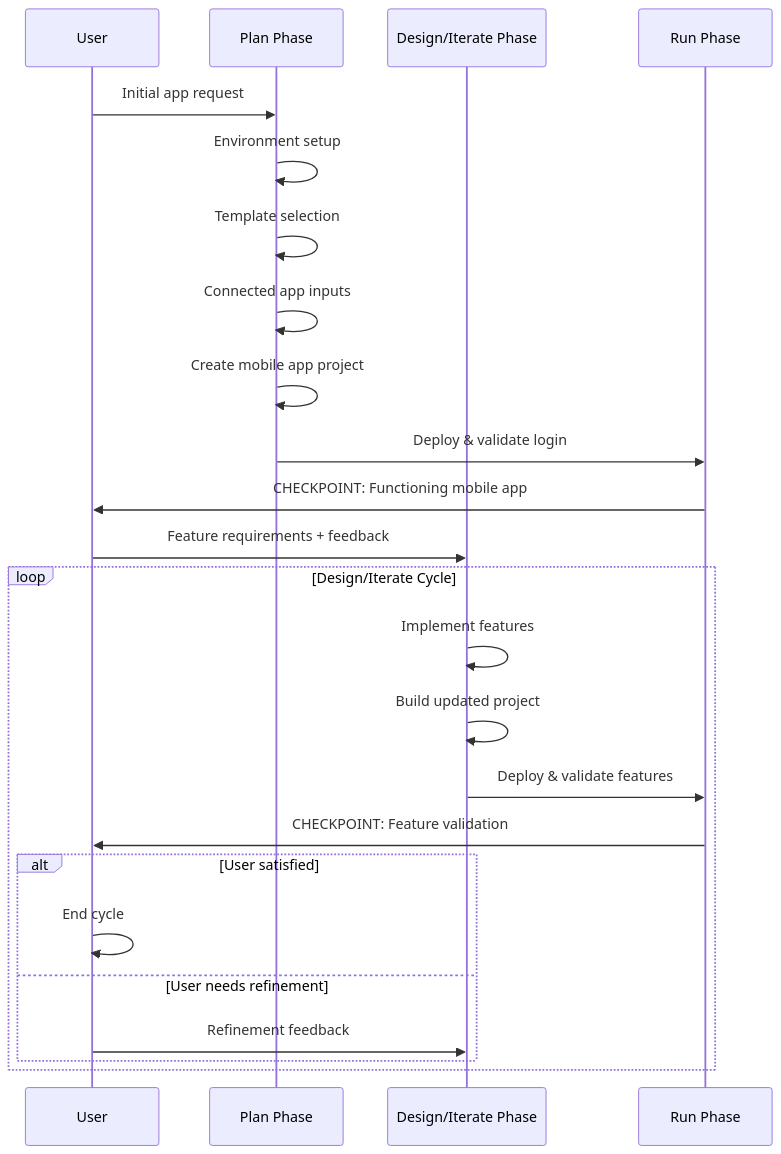
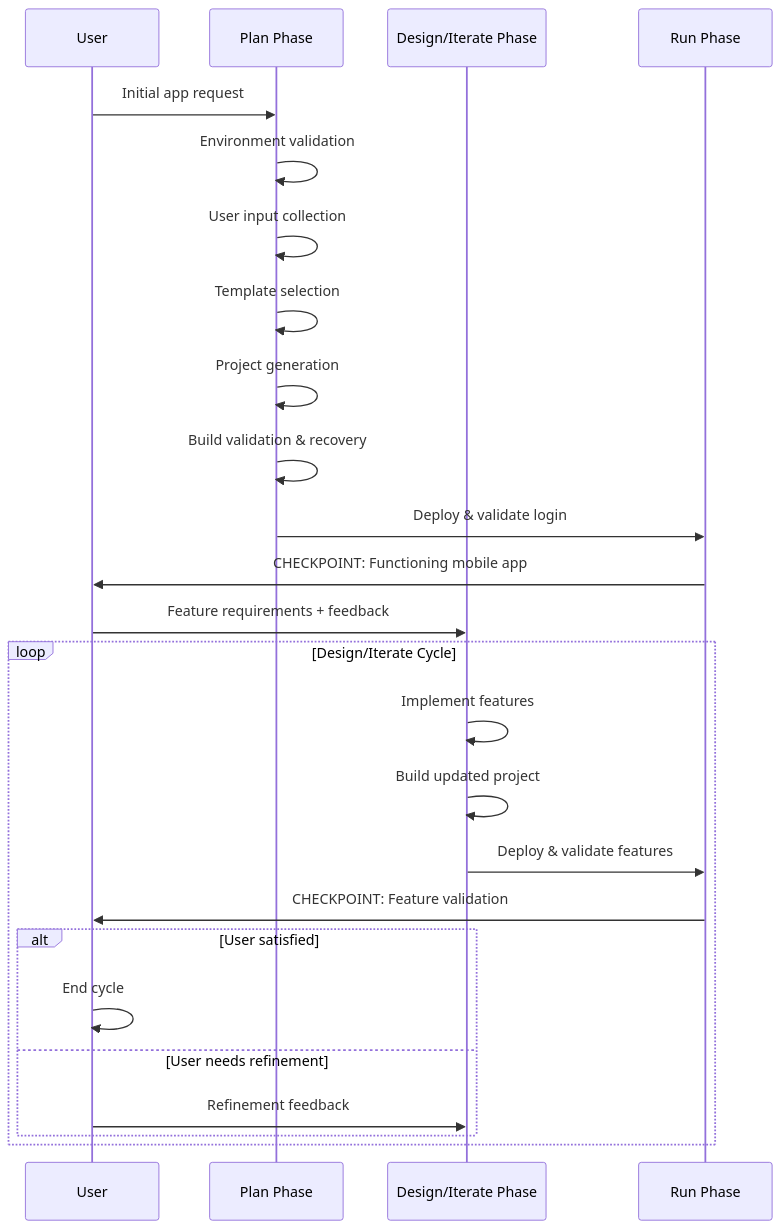
The second of 3 diagrams in docs/5_mobile_native_app_generation.md (khawkins/mobile-mcp-tools), drawn with Mermaid before and after one commit. The commit also changed other lines of this file, not shown here.

````diff
--- a/docs/5_mobile_native_app_generation.md
+++ b/docs/5_mobile_native_app_generation.md
@@ -153,28 +191,29 @@
 ```mermaid
 sequenceDiagram
     participant User
     participant PlanPhase as Plan Phase
     participant DesignPhase as Design/Iterate Phase
     participant RunPhase as Run Phase
 
     User->>PlanPhase: Initial app request
-    PlanPhase->>PlanPhase: Environment setup
+    PlanPhase->>PlanPhase: Environment validation
+    PlanPhase->>PlanPhase: User input collection
     PlanPhase->>PlanPhase: Template selection
-    PlanPhase->>PlanPhase: Connected app inputs
-    PlanPhase->>PlanPhase: Create mobile app project
+    PlanPhase->>PlanPhase: Project generation
+    PlanPhase->>PlanPhase: Build validation & recovery
     PlanPhase->>RunPhase: Deploy & validate login
     RunPhase->>User: CHECKPOINT: Functioning mobile app
     User->>DesignPhase: Feature requirements + feedback
 
     loop Design/Iterate Cycle
         DesignPhase->>DesignPhase: Implement features
         DesignPhase->>DesignPhase: Build updated project
         DesignPhase->>RunPhase: Deploy & validate features
         RunPhase->>User: CHECKPOINT: Feature validation
         alt User satisfied
             User->>User: End cycle
         else User needs refinement
             User->>DesignPhase: Refinement feedback
         end
     end
 ```
````
